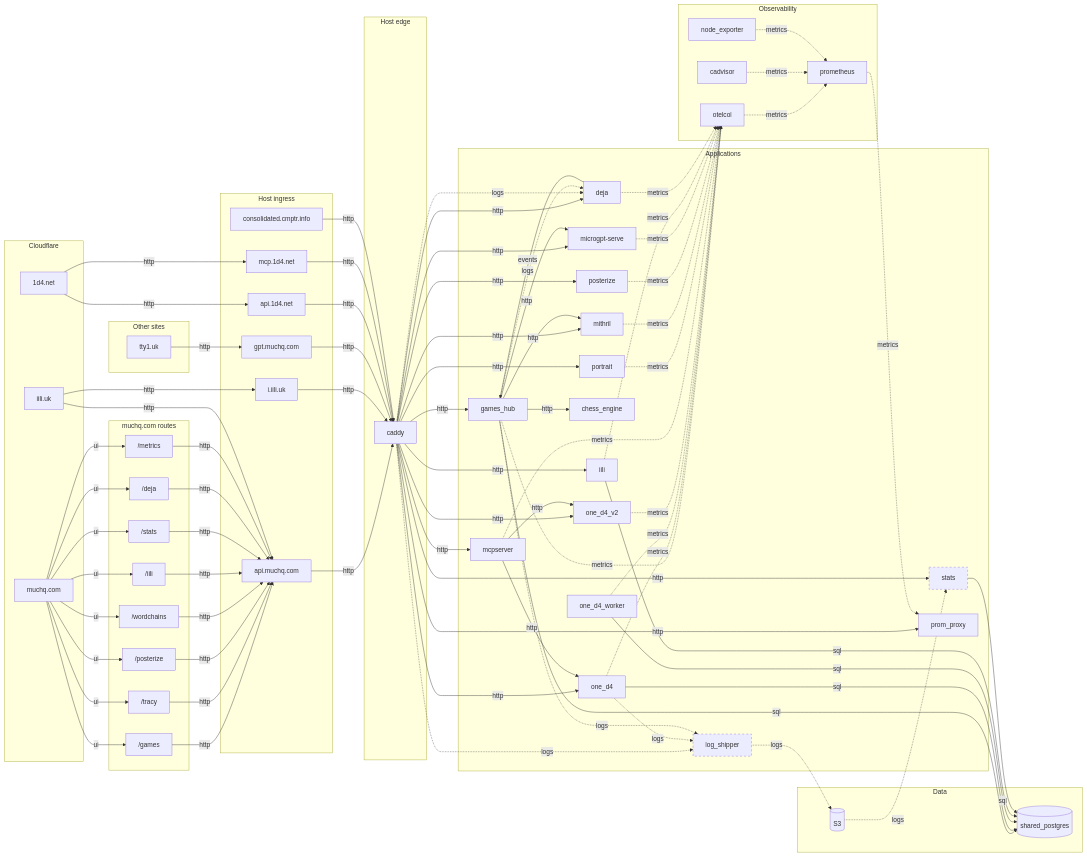
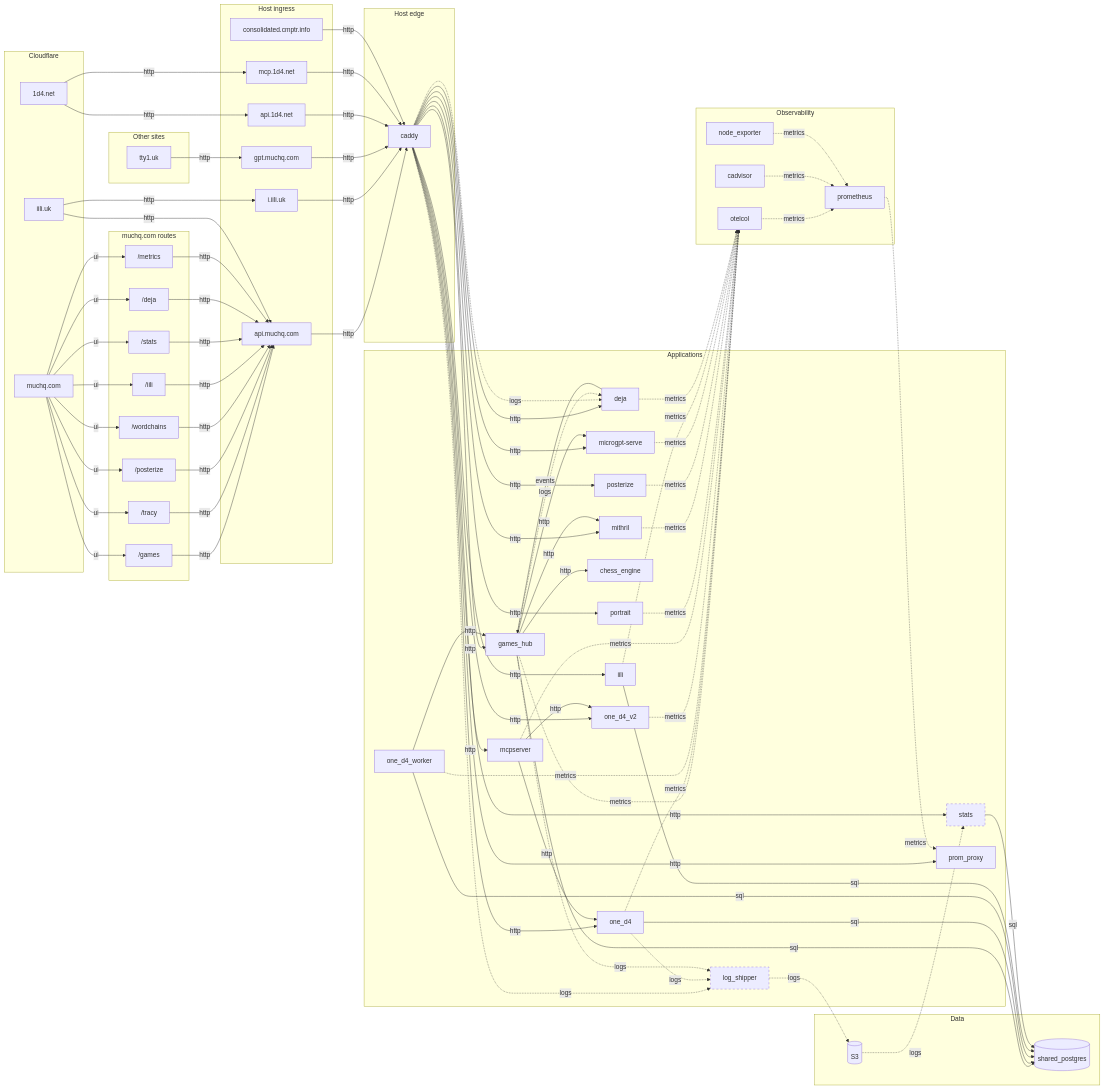
One commit to muchq/muchq.github.io changed the diagram in src/apps/topology/topology.mmd. Above: the diagram before and after it, drawn with Mermaid. The commit also changed 8 other files, not shown here.

```diff
--- a/src/apps/topology/topology.mmd
+++ b/src/apps/topology/topology.mmd
@@ -1,156 +1,157 @@
 flowchart LR
   subgraph cf["Cloudflare"]
     muchq_com["muchq.com"]
     iili_uk["iili.uk"]
     one_d4_net["1d4.net"]
   end
 
   subgraph ext["Other sites"]
     tty1_uk["tty1.uk"]
   end
 
   subgraph ingress["Host ingress"]
     api_muchq["api.muchq.com"]
     i_iili_uk["i.iili.uk"]
     gpt_muchq["gpt.muchq.com"]
     api_1d4["api.1d4.net"]
     mcp_1d4["mcp.1d4.net"]
     cmptr["consolidated.cmptr.info"]
   end
 
   subgraph ui["muchq.com routes"]
     ui_games["/games"]
     ui_tracy["/tracy"]
     ui_posterize["/posterize"]
     ui_wordchains["/wordchains"]
     ui_iili["/iili"]
     ui_stats["/stats"]
     ui_deja["/deja"]
     ui_metrics["/metrics"]
   end
 
   subgraph edge["Host edge"]
     caddy["caddy"]
   end
 
   subgraph apps["Applications"]
     games_hub["games_hub"]
     one_d4["one_d4"]
     one_d4_worker["one_d4_worker"]
     one_d4_v2["one_d4_v2"]
     mcpserver["mcpserver"]
     portrait["portrait"]
     mithril["mithril"]
     chess_engine["chess_engine"]
     posterize["posterize"]
     microgpt-serve["microgpt-serve"]
     iili["iili"]
     deja["deja"]
     stats["stats"]:::gated
     log_shipper["log_shipper"]:::gated
     prom_proxy["prom_proxy"]
   end
 
   subgraph data["Data"]
     shared_postgres[("shared_postgres")]
     s3[("S3")]
   end
 
   subgraph obs["Observability"]
     otelcol["otelcol"]
     prometheus["prometheus"]
     cadvisor["cadvisor"]
     node_exporter["node_exporter"]
   end
 
   muchq_com -->|ui| ui_games
   muchq_com -->|ui| ui_tracy
   muchq_com -->|ui| ui_posterize
   muchq_com -->|ui| ui_wordchains
   muchq_com -->|ui| ui_iili
   muchq_com -->|ui| ui_stats
   muchq_com -->|ui| ui_deja
   muchq_com -->|ui| ui_metrics
 
   ui_games -->|http| api_muchq
   ui_tracy -->|http| api_muchq
   ui_posterize -->|http| api_muchq
   ui_wordchains -->|http| api_muchq
   ui_iili -->|http| api_muchq
   ui_stats -->|http| api_muchq
   ui_deja -->|http| api_muchq
   ui_metrics -->|http| api_muchq
 
   iili_uk -->|http| api_muchq
   iili_uk -->|http| i_iili_uk
   one_d4_net -->|http| api_1d4
   one_d4_net -->|http| mcp_1d4
   tty1_uk -->|http| gpt_muchq
 
   api_muchq -->|http| caddy
   i_iili_uk -->|http| caddy
   gpt_muchq -->|http| caddy
   api_1d4 -->|http| caddy
   mcp_1d4 -->|http| caddy
   cmptr -->|http| caddy
 
   caddy -->|http| games_hub
   caddy -->|http| portrait
   caddy -->|http| mithril
   caddy -->|http| posterize
   caddy -->|http| microgpt-serve
   caddy -->|http| one_d4
   caddy -->|http| one_d4_v2
   caddy -->|http| iili
   caddy -->|http| stats
   caddy -->|http| deja
   caddy -->|http| mcpserver
   caddy -->|http| prom_proxy
 
   mcpserver -->|http| one_d4
   mcpserver -->|http| one_d4_v2
   deja -->|events| games_hub
 
   games_hub -->|sql| shared_postgres
   games_hub -->|http| microgpt-serve
   games_hub -->|http| mithril
   games_hub -->|http| chess_engine
   one_d4 -->|sql| shared_postgres
   one_d4_worker -->|sql| shared_postgres
+  one_d4_worker -->|http| games_hub
   iili -->|sql| shared_postgres
   stats -->|sql| shared_postgres
 
   caddy -.->|logs| deja
   games_hub -.->|logs| deja
   caddy -.->|logs| log_shipper
   one_d4 -.->|logs| log_shipper
   games_hub -.->|logs| log_shipper
   log_shipper -.->|logs| s3
   s3 -.->|logs| stats
 
   games_hub -.->|metrics| otelcol
   one_d4 -.->|metrics| otelcol
   one_d4_worker -.->|metrics| otelcol
   one_d4_v2 -.->|metrics| otelcol
   mcpserver -.->|metrics| otelcol
   portrait -.->|metrics| otelcol
   mithril -.->|metrics| otelcol
   posterize -.->|metrics| otelcol
   microgpt-serve -.->|metrics| otelcol
   iili -.->|metrics| otelcol
   deja -.->|metrics| otelcol
   otelcol -.->|metrics| prometheus
   cadvisor -.->|metrics| prometheus
   node_exporter -.->|metrics| prometheus
   prometheus -.->|metrics| prom_proxy
 
   classDef gated stroke-dasharray: 5 5
 
   click games_hub "https://muchq.com/games"
   click portrait "https://muchq.com/tracy"
   click posterize "https://muchq.com/posterize"
   click mithril "https://muchq.com/wordchains"
   click iili "https://muchq.com/iili"
   click stats "https://muchq.com/stats"
   click deja "https://muchq.com/deja"
   click prom_proxy "https://muchq.com/metrics"
```
